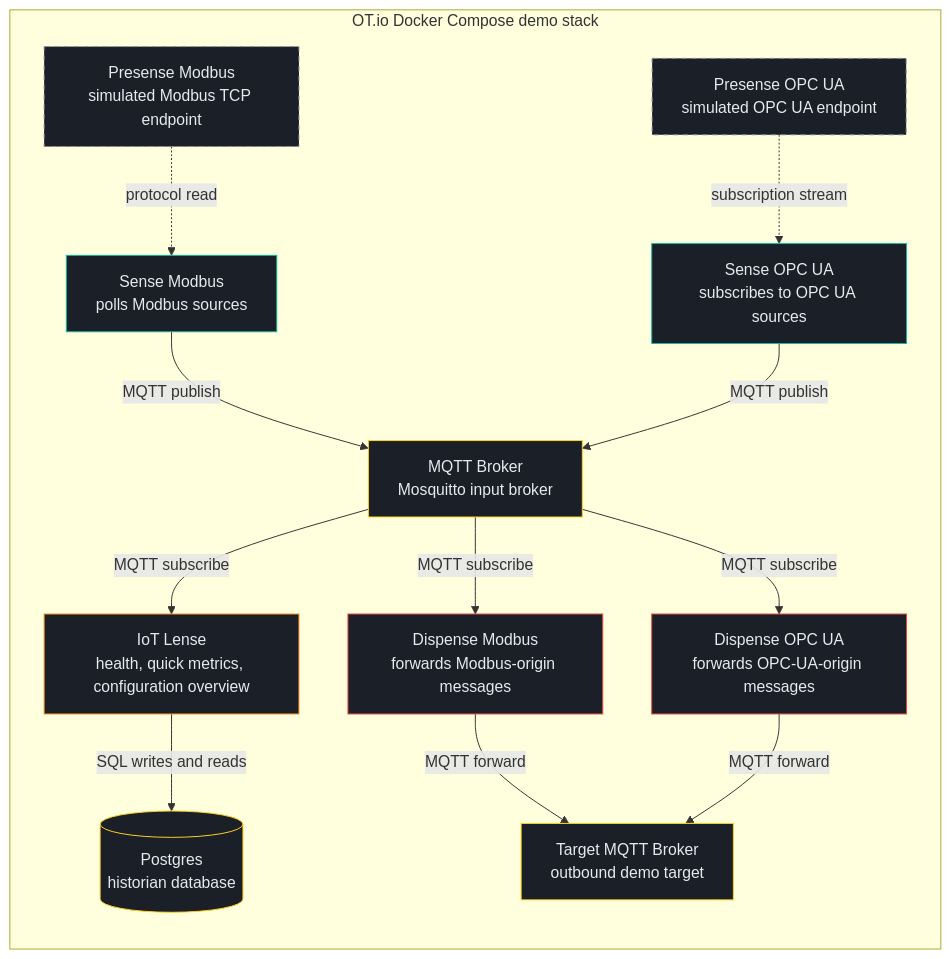
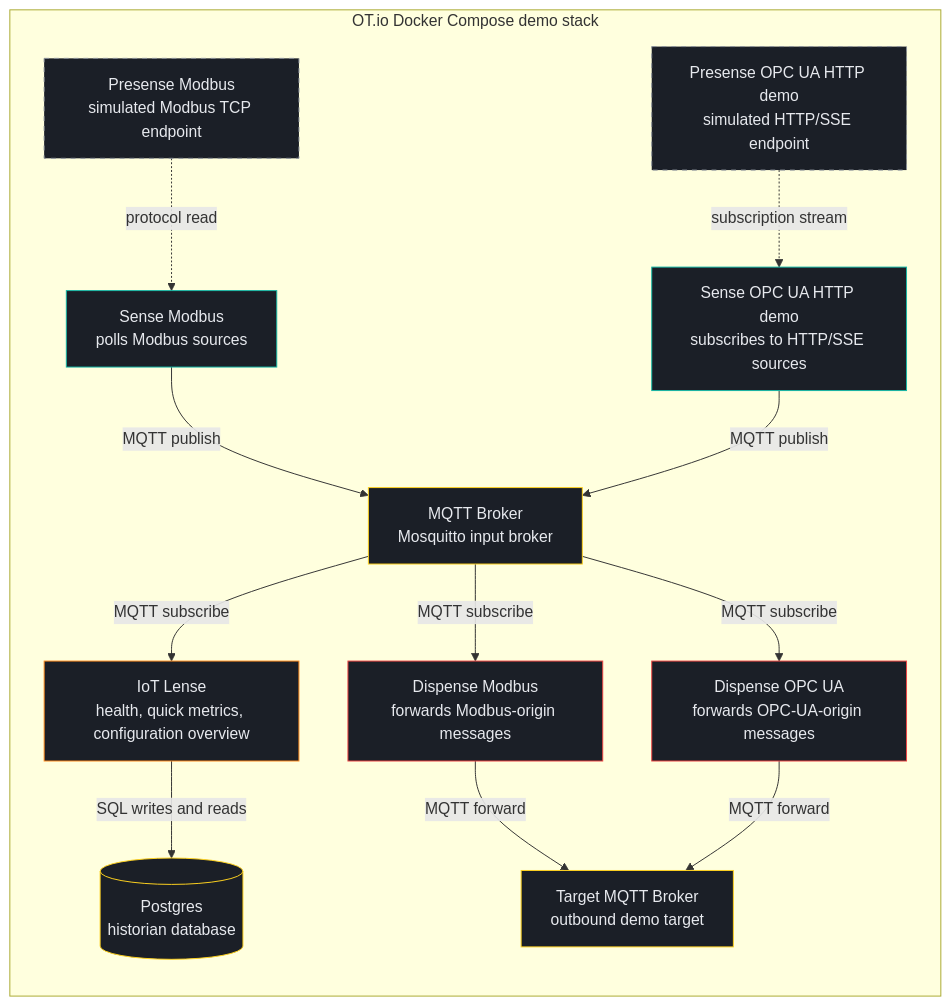
One commit to Zuendelmeister-Dev/otio changed the second of 5 diagrams in docs/architecture.md. Above: the diagram before and after it, drawn with Mermaid. The commit also changed other lines of this file and 120 other files, not shown here.

````diff
--- a/docs/architecture.md
+++ b/docs/architecture.md
@@ -69,38 +69,38 @@
 ```mermaid
 flowchart LR
     subgraph DemoStack["OT.io Docker Compose demo stack"]
         PM["Presense Modbus<br/>simulated Modbus TCP endpoint"]
-        PO["Presense OPC UA<br/>simulated OPC UA endpoint"]
+        PO["Presense OPC UA HTTP demo<br/>simulated HTTP/SSE endpoint"]
         SM["Sense Modbus<br/>polls Modbus sources"]
-        SO["Sense OPC UA<br/>subscribes to OPC UA sources"]
+        SO["Sense OPC UA HTTP demo<br/>subscribes to HTTP/SSE sources"]
         MQTT["MQTT Broker<br/>Mosquitto input broker"]
         LENSE["IoT Lense<br/>health, quick metrics, configuration overview"]
         PG[("Postgres<br/>historian database")]
         DM["Dispense Modbus<br/>forwards Modbus-origin messages"]
         DO["Dispense OPC UA<br/>forwards OPC-UA-origin messages"]
         TARGET["Target MQTT Broker<br/>outbound demo target"]
     end
 
     PM -.->|protocol read| SM
     PO -.->|subscription stream| SO
     SM -->|MQTT publish| MQTT
     SO -->|MQTT publish| MQTT
     MQTT -->|MQTT subscribe| LENSE
     LENSE -->|SQL writes and reads| PG
     MQTT -->|MQTT subscribe| DM
     MQTT -->|MQTT subscribe| DO
     DM -->|MQTT forward| TARGET
     DO -->|MQTT forward| TARGET
 
     classDef presense fill:#1b1f27,stroke:#8a9099,stroke-dasharray:5 5,color:#e7e9ee;
     classDef sense fill:#1b1f27,stroke:#14b8a6,color:#e7e9ee;
     classDef lense fill:#1b1f27,stroke:#ff8a1d,color:#e7e9ee;
     classDef dispense fill:#1b1f27,stroke:#ef4444,color:#e7e9ee;
     classDef system fill:#1b1f27,stroke:#ffd21f,color:#e7e9ee;
 
     class PM,PO presense;
     class SM,SO sense;
     class LENSE lense;
     class DM,DO dispense;
     class MQTT,PG,TARGET system;
 ```
````
